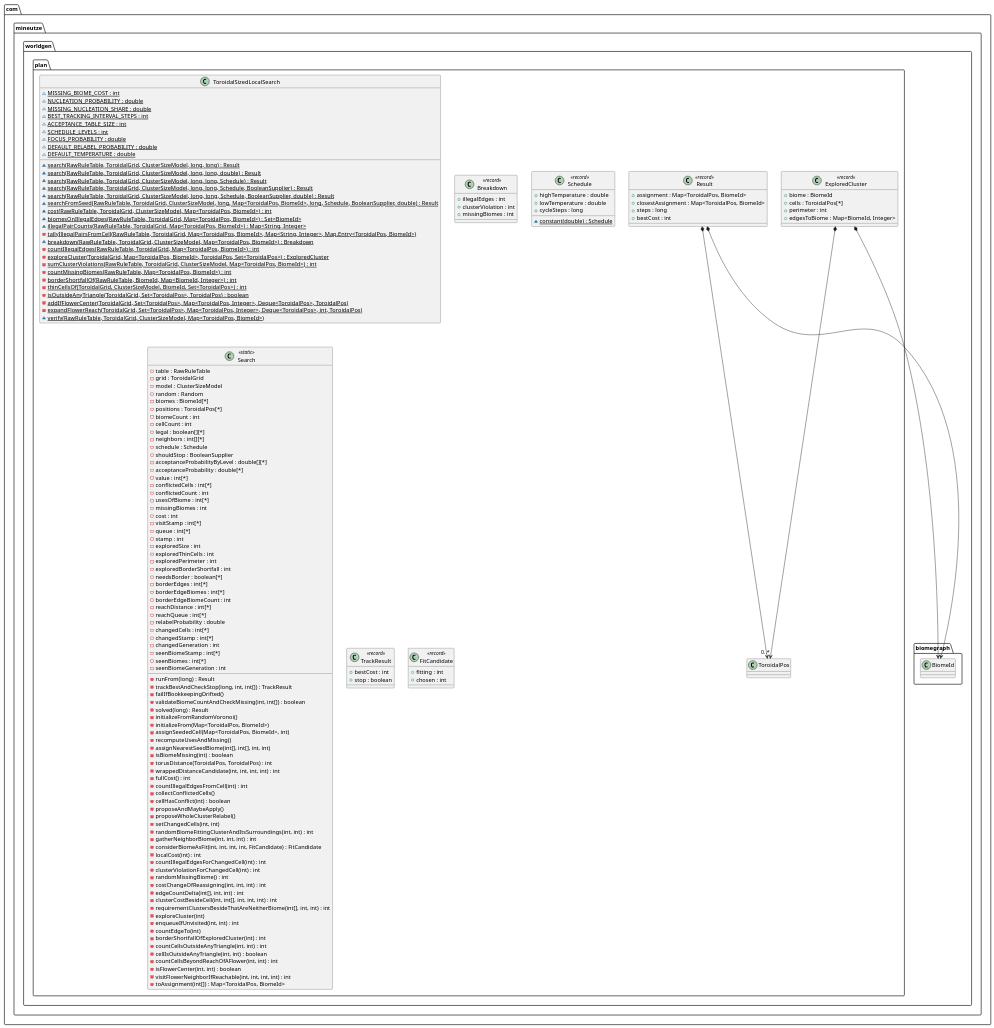
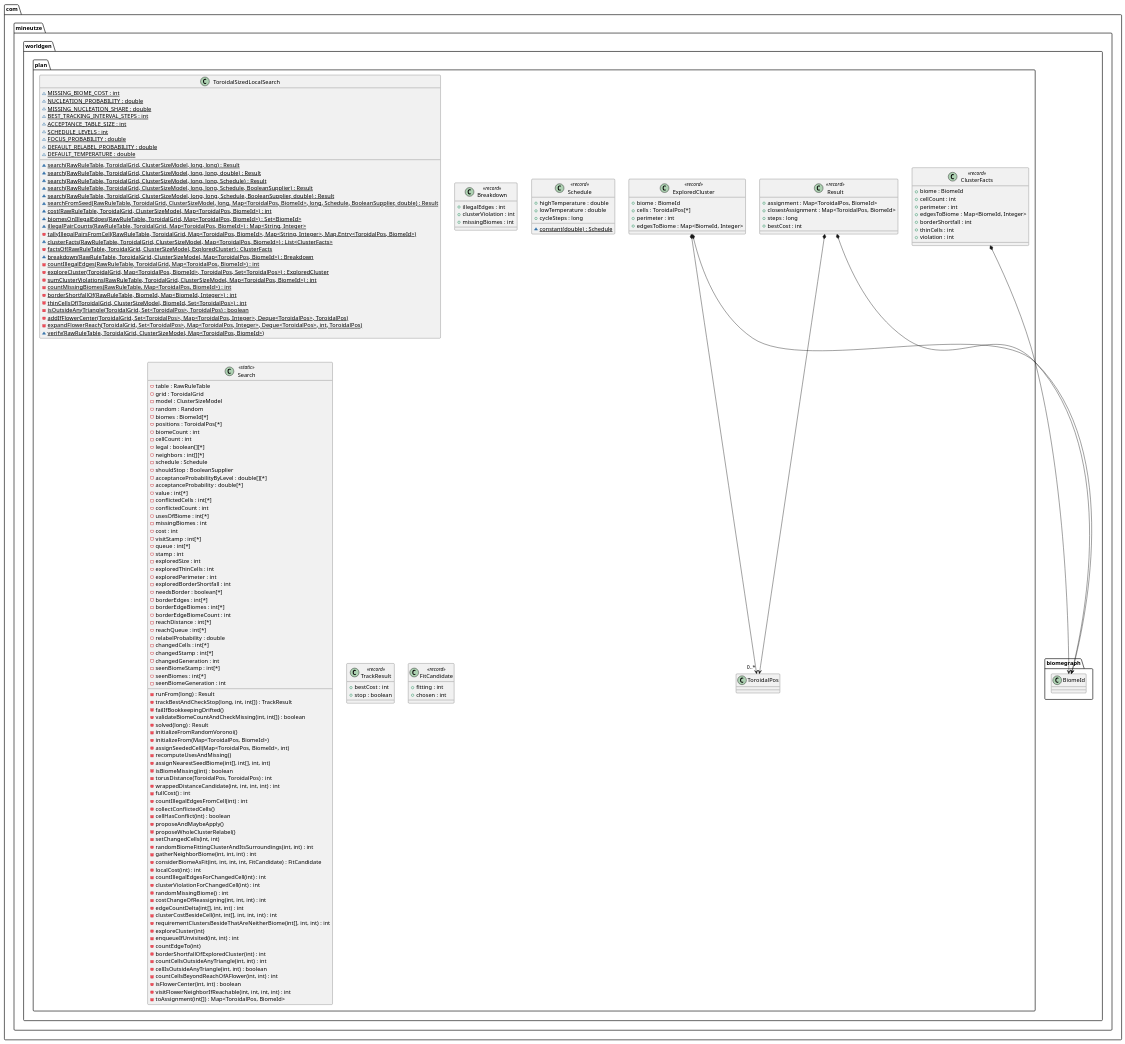
Before and after one commit to Boulede987/Mine-Utz: the diagram in companion-mods/mineutze-worldgen/doc/Modelisation/Fragments/com/mineutze/worldgen/plan/ToroidalSizedLocalSearch.puml, drawn with PlantUML. The commit also changed 51 other files, not shown here.

First line of the commit message:
docs(worldgen): regenerate class diagrams for the tightness ranking

```diff
--- a/companion-mods/mineutze-worldgen/doc/Modelisation/Fragments/com/mineutze/worldgen/plan/ToroidalSizedLocalSearch.puml
+++ b/companion-mods/mineutze-worldgen/doc/Modelisation/Fragments/com/mineutze/worldgen/plan/ToroidalSizedLocalSearch.puml
@@ -1,153 +1,165 @@
 namespace com.mineutze.worldgen.plan {
 class ToroidalSizedLocalSearch {
   ~ {static} MISSING_BIOME_COST : int
   ~ {static} NUCLEATION_PROBABILITY : double
   ~ {static} MISSING_NUCLEATION_SHARE : double
   ~ {static} BEST_TRACKING_INTERVAL_STEPS : int
   ~ {static} ACCEPTANCE_TABLE_SIZE : int
   ~ {static} SCHEDULE_LEVELS : int
   ~ {static} FOCUS_PROBABILITY : double
   ~ {static} DEFAULT_RELABEL_PROBABILITY : double
   ~ {static} DEFAULT_TEMPERATURE : double
   ~ {static} search(RawRuleTable, ToroidalGrid, ClusterSizeModel, long, long) : Result
   ~ {static} search(RawRuleTable, ToroidalGrid, ClusterSizeModel, long, long, double) : Result
   ~ {static} search(RawRuleTable, ToroidalGrid, ClusterSizeModel, long, long, Schedule) : Result
   ~ {static} search(RawRuleTable, ToroidalGrid, ClusterSizeModel, long, long, Schedule, BooleanSupplier) : Result
   ~ {static} search(RawRuleTable, ToroidalGrid, ClusterSizeModel, long, long, Schedule, BooleanSupplier, double) : Result
   ~ {static} searchFromSeed(RawRuleTable, ToroidalGrid, ClusterSizeModel, long, Map<ToroidalPos, BiomeId>, long, Schedule, BooleanSupplier, double) : Result
   ~ {static} cost(RawRuleTable, ToroidalGrid, ClusterSizeModel, Map<ToroidalPos, BiomeId>) : int
   ~ {static} biomesOnIllegalEdges(RawRuleTable, ToroidalGrid, Map<ToroidalPos, BiomeId>) : Set<BiomeId>
   ~ {static} illegalPairCounts(RawRuleTable, ToroidalGrid, Map<ToroidalPos, BiomeId>) : Map<String, Integer>
   - {static} tallyIllegalPairsFromCell(RawRuleTable, ToroidalGrid, Map<ToroidalPos, BiomeId>, Map<String, Integer>, Map.Entry<ToroidalPos, BiomeId>)
+  ~ {static} clusterFacts(RawRuleTable, ToroidalGrid, ClusterSizeModel, Map<ToroidalPos, BiomeId>) : List<ClusterFacts>
+  - {static} factsOf(RawRuleTable, ToroidalGrid, ClusterSizeModel, ExploredCluster) : ClusterFacts
   ~ {static} breakdown(RawRuleTable, ToroidalGrid, ClusterSizeModel, Map<ToroidalPos, BiomeId>) : Breakdown
   - {static} countIllegalEdges(RawRuleTable, ToroidalGrid, Map<ToroidalPos, BiomeId>) : int
   - {static} exploreCluster(ToroidalGrid, Map<ToroidalPos, BiomeId>, ToroidalPos, Set<ToroidalPos>) : ExploredCluster
   - {static} sumClusterViolations(RawRuleTable, ToroidalGrid, ClusterSizeModel, Map<ToroidalPos, BiomeId>) : int
   - {static} countMissingBiomes(RawRuleTable, Map<ToroidalPos, BiomeId>) : int
   - {static} borderShortfallOf(RawRuleTable, BiomeId, Map<BiomeId, Integer>) : int
   - {static} thinCellsOf(ToroidalGrid, ClusterSizeModel, BiomeId, Set<ToroidalPos>) : int
   - {static} isOutsideAnyTriangle(ToroidalGrid, Set<ToroidalPos>, ToroidalPos) : boolean
   - {static} addIfFlowerCenter(ToroidalGrid, Set<ToroidalPos>, Map<ToroidalPos, Integer>, Deque<ToroidalPos>, ToroidalPos)
   - {static} expandFlowerReach(ToroidalGrid, Set<ToroidalPos>, Map<ToroidalPos, Integer>, Deque<ToroidalPos>, int, ToroidalPos)
   ~ {static} verify(RawRuleTable, ToroidalGrid, ClusterSizeModel, Map<ToroidalPos, BiomeId>)
 }
 class Result <<record>> {
   + assignment : Map<ToroidalPos, BiomeId>
   + closestAssignment : Map<ToroidalPos, BiomeId>
   + steps : long
   + bestCost : int
 }
 class Breakdown <<record>> {
   + illegalEdges : int
   + clusterViolation : int
   + missingBiomes : int
 }
 class Schedule <<record>> {
   + highTemperature : double
   + lowTemperature : double
   + cycleSteps : long
   ~ {static} constant(double) : Schedule
+}
+class ClusterFacts <<record>> {
+  + biome : BiomeId
+  + cellCount : int
+  + perimeter : int
+  + edgesToBiome : Map<BiomeId, Integer>
+  + borderShortfall : int
+  + thinCells : int
+  + violation : int
 }
 class ExploredCluster <<record>> {
   + biome : BiomeId
   + cells : ToroidalPos[*]
   + perimeter : int
   + edgesToBiome : Map<BiomeId, Integer>
 }
 class Search <<static>> {
   - table : RawRuleTable
   - grid : ToroidalGrid
   - model : ClusterSizeModel
   - random : Random
   - biomes : BiomeId[*]
   - positions : ToroidalPos[*]
   - biomeCount : int
   - cellCount : int
   - legal : boolean[][*]
   - neighbors : int[][*]
   - schedule : Schedule
   - shouldStop : BooleanSupplier
   - acceptanceProbabilityByLevel : double[][*]
   - acceptanceProbability : double[*]
   - value : int[*]
   - conflictedCells : int[*]
   - conflictedCount : int
   - usesOfBiome : int[*]
   - missingBiomes : int
   - cost : int
   - visitStamp : int[*]
   - queue : int[*]
   - stamp : int
   - exploredSize : int
   - exploredThinCells : int
   - exploredPerimeter : int
   - exploredBorderShortfall : int
   - needsBorder : boolean[*]
   - borderEdges : int[*]
   - borderEdgeBiomes : int[*]
   - borderEdgeBiomeCount : int
   - reachDistance : int[*]
   - reachQueue : int[*]
   - relabelProbability : double
   - changedCells : int[*]
   - changedStamp : int[*]
   - changedGeneration : int
   - seenBiomeStamp : int[*]
   - seenBiomes : int[*]
   - seenBiomeGeneration : int
   - runFrom(long) : Result
   - trackBestAndCheckStop(long, int, int[]) : TrackResult
   - failIfBookkeepingDrifted()
   - validateBiomeCountAndCheckMissing(int, int[]) : boolean
   - solved(long) : Result
   - initializeFromRandomVoronoi()
   - initializeFrom(Map<ToroidalPos, BiomeId>)
   - assignSeededCell(Map<ToroidalPos, BiomeId>, int)
   - recomputeUsesAndMissing()
   - assignNearestSeedBiome(int[], int[], int, int)
   - isBiomeMissing(int) : boolean
   - torusDistance(ToroidalPos, ToroidalPos) : int
   - wrappedDistanceCandidate(int, int, int, int) : int
   - fullCost() : int
   - countIllegalEdgesFromCell(int) : int
   - collectConflictedCells()
   - cellHasConflict(int) : boolean
   - proposeAndMaybeApply()
   - proposeWholeClusterRelabel()
   - setChangedCells(int, int)
   - randomBiomeFittingClusterAndItsSurroundings(int, int) : int
   - gatherNeighborBiome(int, int, int) : int
   - considerBiomeAsFit(int, int, int, int, FitCandidate) : FitCandidate
   - localCost(int) : int
   - countIllegalEdgesForChangedCell(int) : int
   - clusterViolationForChangedCell(int) : int
   - randomMissingBiome() : int
   - costChangeOfReassigning(int, int, int) : int
   - edgeCountDelta(int[], int, int) : int
   - clusterCostBesideCell(int, int[], int, int, int) : int
   - requirementClustersBesideThatAreNeitherBiome(int[], int, int) : int
   - exploreCluster(int)
   - enqueueIfUnvisited(int, int) : int
   - countEdgeTo(int)
   - borderShortfallOfExploredCluster(int) : int
   - countCellsOutsideAnyTriangle(int, int) : int
   - cellIsOutsideAnyTriangle(int, int) : boolean
   - countCellsBeyondReachOfAFlower(int, int) : int
   - isFlowerCenter(int, int) : boolean
   - visitFlowerNeighborIfReachable(int, int, int, int) : int
   - toAssignment(int[]) : Map<ToroidalPos, BiomeId>
 }
 class TrackResult <<record>> {
   + bestCost : int
   + stop : boolean
 }
 class FitCandidate <<record>> {
   + fitting : int
   + chosen : int
 }
 }
 
 com.mineutze.worldgen.plan.Result *--> com.mineutze.worldgen.biomegraph.BiomeId
 com.mineutze.worldgen.plan.Result *--> com.mineutze.worldgen.plan.ToroidalPos
+com.mineutze.worldgen.plan.ClusterFacts *--> com.mineutze.worldgen.biomegraph.BiomeId
 com.mineutze.worldgen.plan.ExploredCluster *--> com.mineutze.worldgen.biomegraph.BiomeId
 com.mineutze.worldgen.plan.ExploredCluster *--> "0..*" com.mineutze.worldgen.plan.ToroidalPos
```
